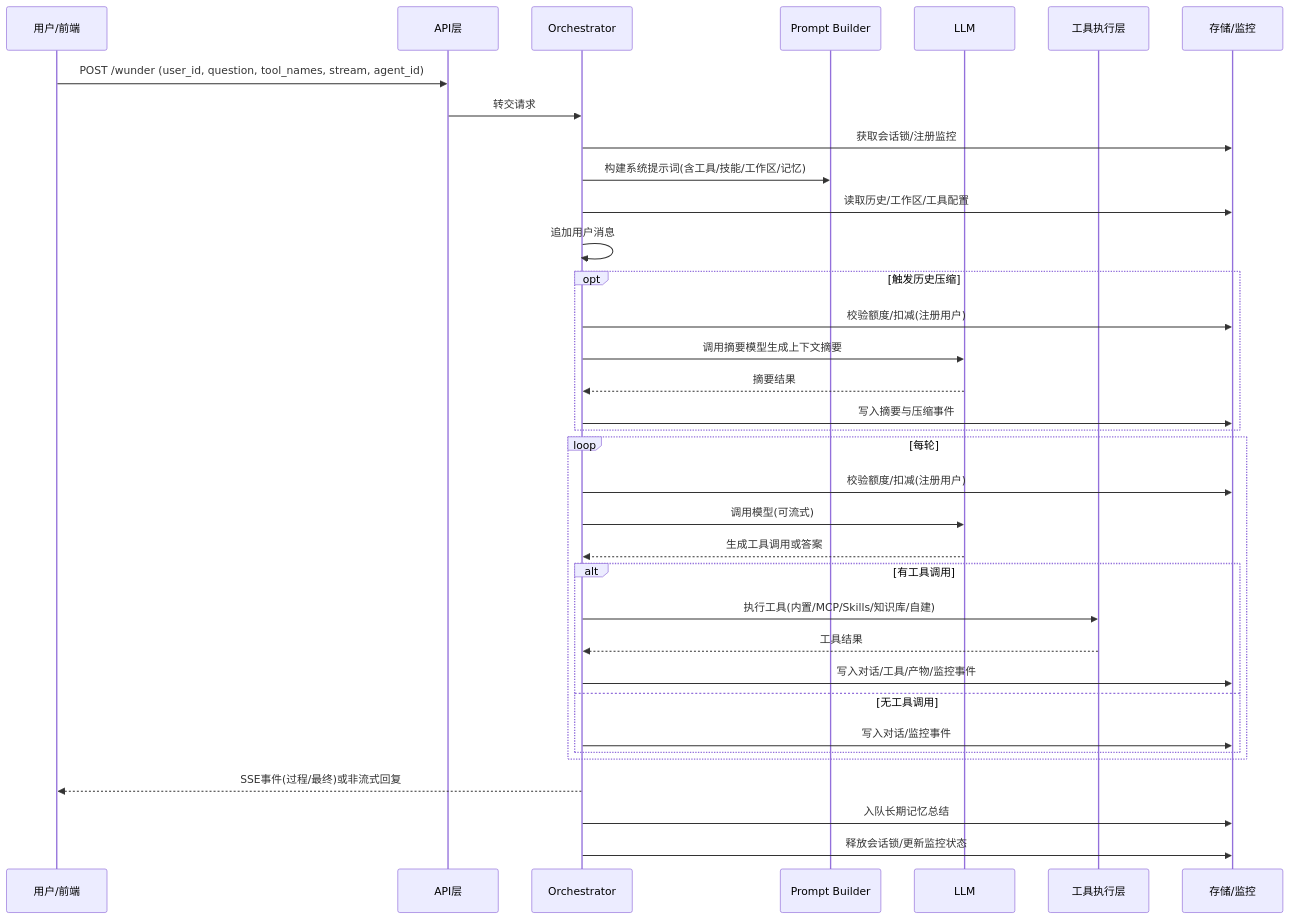
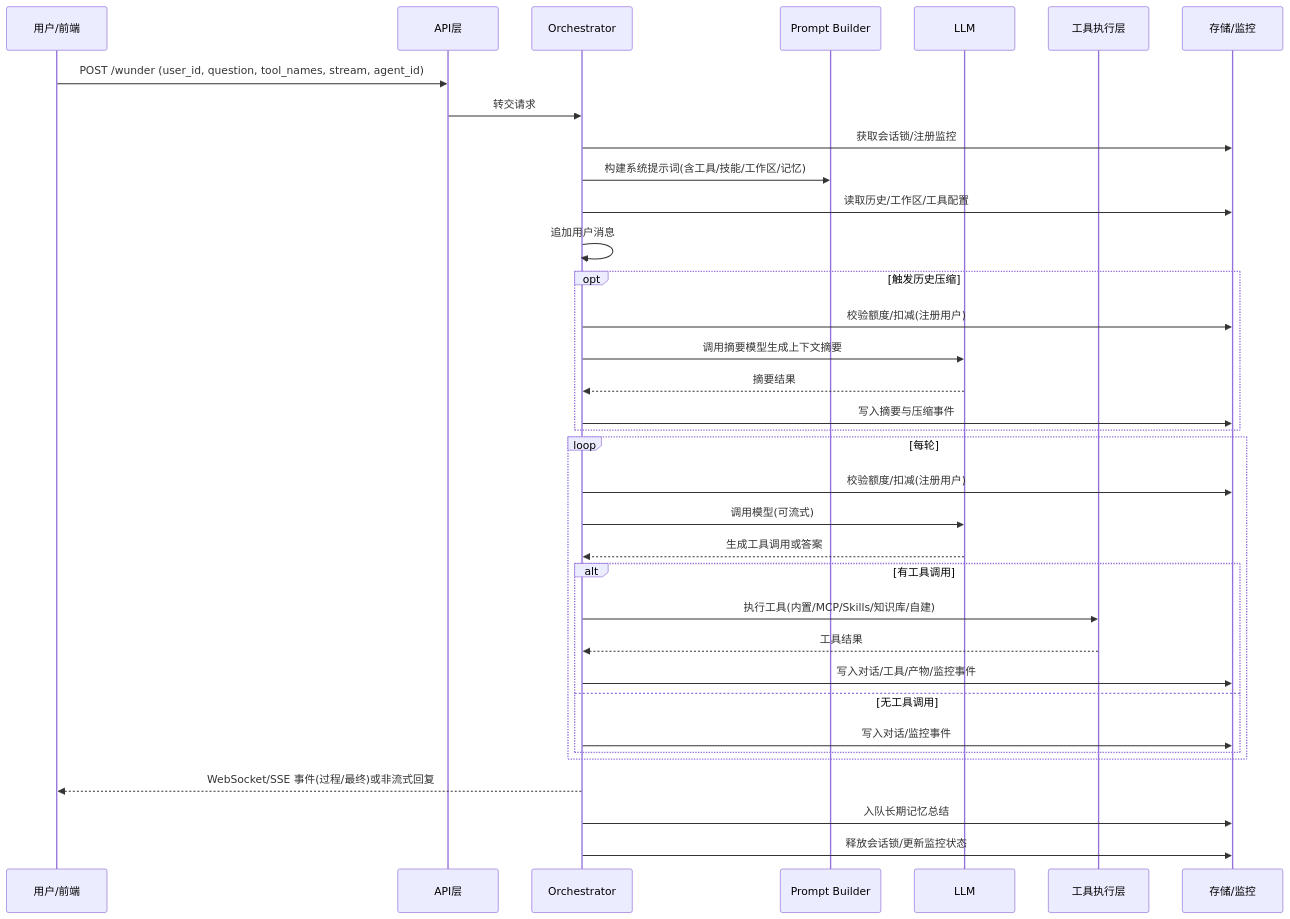
Before and after one commit to ylsdamxssjxxdd/wunder: the second of 4 diagrams in docs/系统介绍.md, drawn with Mermaid. The commit also changed other lines of this file and 5 other files, not shown here.

Commit message:
补充架构与系统介绍中的 WebSocket 默认传输说明

````diff
--- a/docs/系统介绍.md
+++ b/docs/系统介绍.md
@@ -59,38 +59,38 @@
 ```mermaid
 sequenceDiagram
   participant U as 用户/前端
   participant API as API层
   participant O as Orchestrator
   participant P as Prompt Builder
   participant L as LLM
   participant T as 工具执行层
   participant S as 存储/监控
 
   U->>API: POST /wunder (user_id, question, tool_names, stream, agent_id)
   API->>O: 转交请求
   O->>S: 获取会话锁/注册监控
   O->>P: 构建系统提示词(含工具/技能/工作区/记忆)
   O->>S: 读取历史/工作区/工具配置
   O->>O: 追加用户消息
   opt 触发历史压缩
     O->>S: 校验额度/扣减(注册用户)
     O->>L: 调用摘要模型生成上下文摘要
     L-->>O: 摘要结果
     O->>S: 写入摘要与压缩事件
   end
   loop 每轮
     O->>S: 校验额度/扣减(注册用户)
     O->>L: 调用模型(可流式)
     L-->>O: 生成工具调用或答案
     alt 有工具调用
       O->>T: 执行工具(内置/MCP/Skills/知识库/自建)
       T-->>O: 工具结果
       O->>S: 写入对话/工具/产物/监控事件
     else 无工具调用
       O->>S: 写入对话/监控事件
     end
   end
-  O-->>U: SSE事件(过程/最终)或非流式回复
+  O-->>U: WebSocket/SSE 事件(过程/最终)或非流式回复
   O->>S: 入队长期记忆总结
   O->>S: 释放会话锁/更新监控状态
 ```
````
